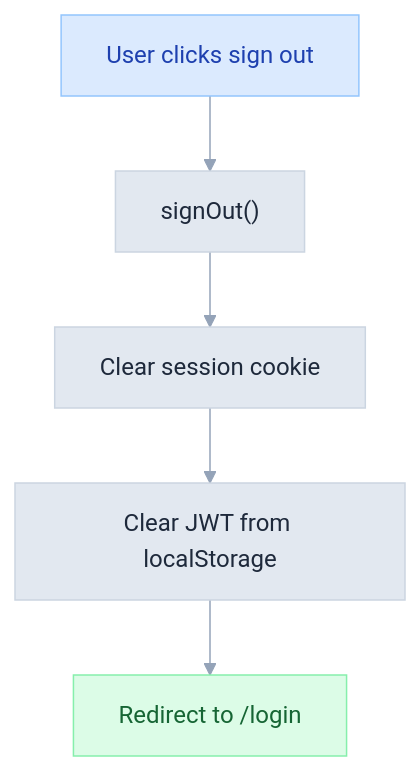
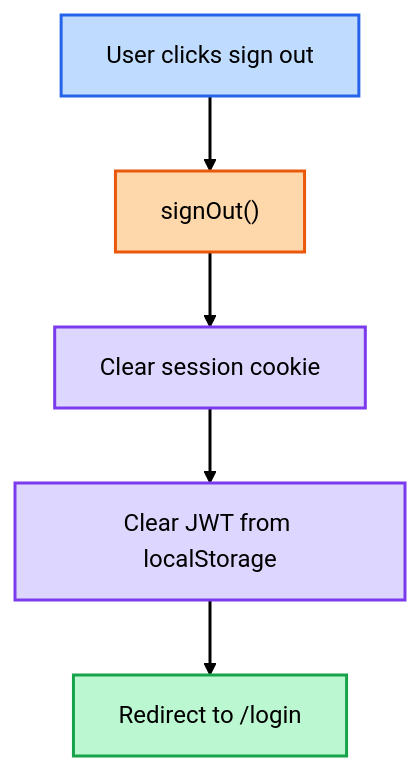
Before and after one commit to 3DHDSoft/devmultiplier-academy: the fifth of 5 diagrams in doc/authentication-guide.md, drawn with Mermaid. The commit also changed other lines of this file and 17 other files, not shown here.

````diff
--- a/doc/authentication-guide.md
+++ b/doc/authentication-guide.md
@@ -276,20 +323,27 @@
 ```mermaid
 %%{init: {'theme': 'base', 'themeVariables': {
-  'primaryColor': '#e2e8f0',
-  'primaryTextColor': '#1e293b',
-  'primaryBorderColor': '#cbd5e1',
-  'lineColor': '#94a3b8',
-  'secondaryColor': '#f1f5f9',
-  'tertiaryColor': '#f8fafc',
+  'primaryColor': '#bfdbfe',
+  'primaryTextColor': '#000000',
+  'primaryBorderColor': '#3b82f6',
+  'lineColor': '#000000',
+  'secondaryColor': '#ddd6fe',
+  'tertiaryColor': '#a5f3fc',
   'background': '#ffffff',
-  'textColor': '#334155',
+  'textColor': '#000000',
+  'edgeLabelBackground': '#e2e8f0',
   'fontFamily': 'system-ui, -apple-system, sans-serif'
-}}}%%flowchart TD
+}}}%%
+flowchart TD
     A["User clicks sign out"] --> B["signOut()"]
     B --> C["Clear session cookie"]
     C --> D["Clear JWT from localStorage"]
     D --> E["Redirect to /login"]
 
-    style A fill:#dbeafe,stroke:#93c5fd,color:#1e40af
-    style E fill:#dcfce7,stroke:#86efac,color:#166534
+    style A fill:#bfdbfe,stroke:#2563eb,color:#000000,stroke-width:2px
+    style B fill:#fed7aa,stroke:#ea580c,color:#000000,stroke-width:2px
+    style C fill:#ddd6fe,stroke:#7c3aed,color:#000000,stroke-width:2px
+    style D fill:#ddd6fe,stroke:#7c3aed,color:#000000,stroke-width:2px
+    style E fill:#bbf7d0,stroke:#16a34a,color:#000000,stroke-width:2px
+
+    linkStyle default stroke:#000000,stroke-width:2px
 ```
````
